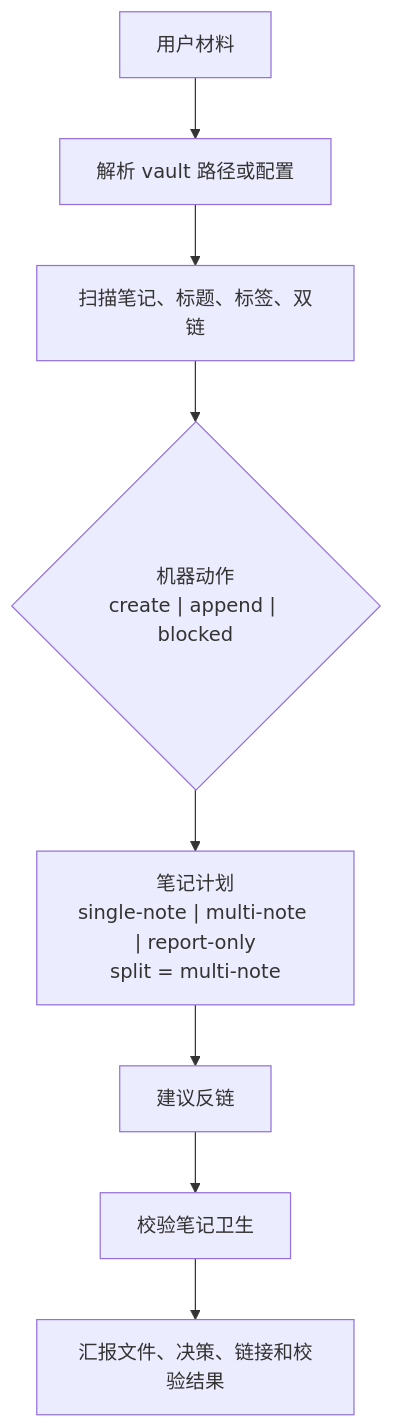
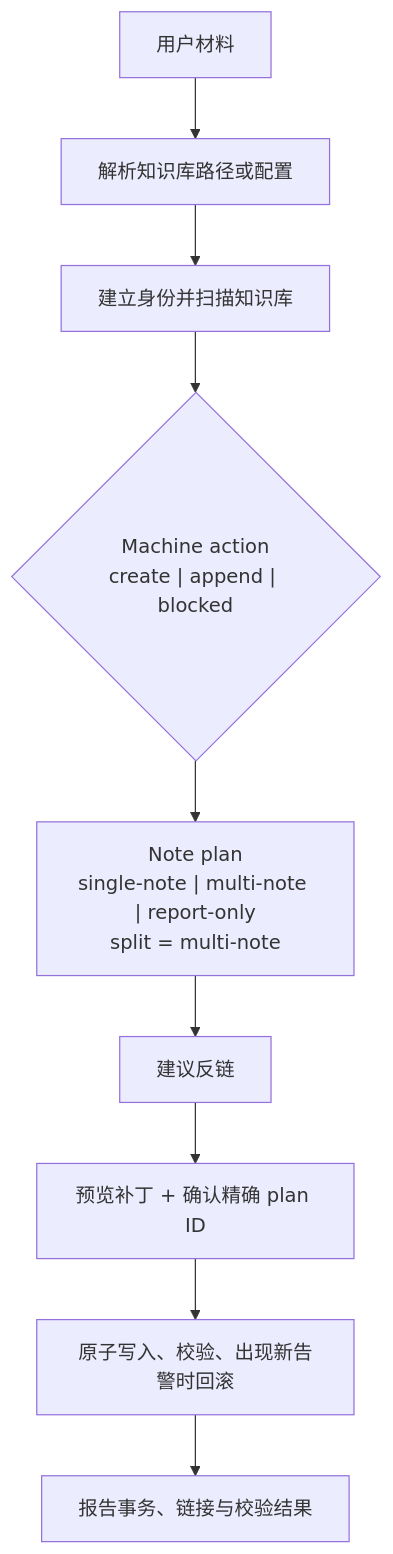
One commit to Totoro-qaq/Cobsidian changed the second of 2 diagrams in docs/README.zh-CN.md. Above: the diagram before and after it, drawn with Mermaid. The commit also changed other lines of this file and 3 other files, not shown here.

````diff
--- a/docs/README.zh-CN.md
+++ b/docs/README.zh-CN.md
@@ -146,10 +149,11 @@
 ```mermaid
 flowchart TD
-    U["用户材料"] --> R["解析 vault 路径或配置"]
-    R --> S["扫描笔记、标题、标签、双链"]
-    S --> A{"机器动作<br/>create | append | blocked"}
-    A --> P["笔记计划<br/>single-note | multi-note | report-only<br/>split = multi-note"]
+    U["用户材料"] --> R["解析知识库路径或配置"]
+    R --> S["建立身份并扫描知识库"]
+    S --> A{"Machine action<br/>create | append | blocked"}
+    A --> P["Note plan<br/>single-note | multi-note | report-only<br/>split = multi-note"]
     P --> L["建议反链"]
-    L --> V["校验笔记卫生"]
-    V --> O["汇报文件、决策、链接和校验结果"]
+    L --> X["预览补丁 + 确认精确 plan ID"]
+    X --> V["原子写入、校验、出现新告警时回滚"]
+    V --> O["报告事务、链接与校验结果"]
 ```
````
